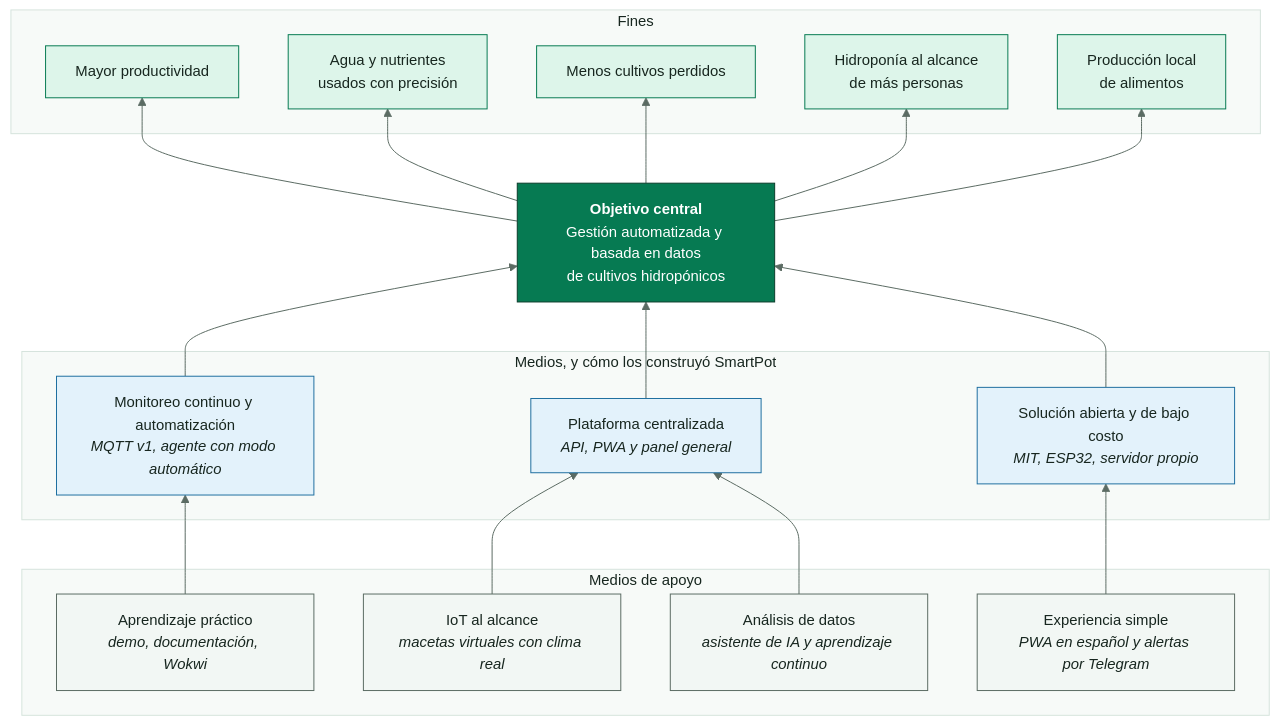
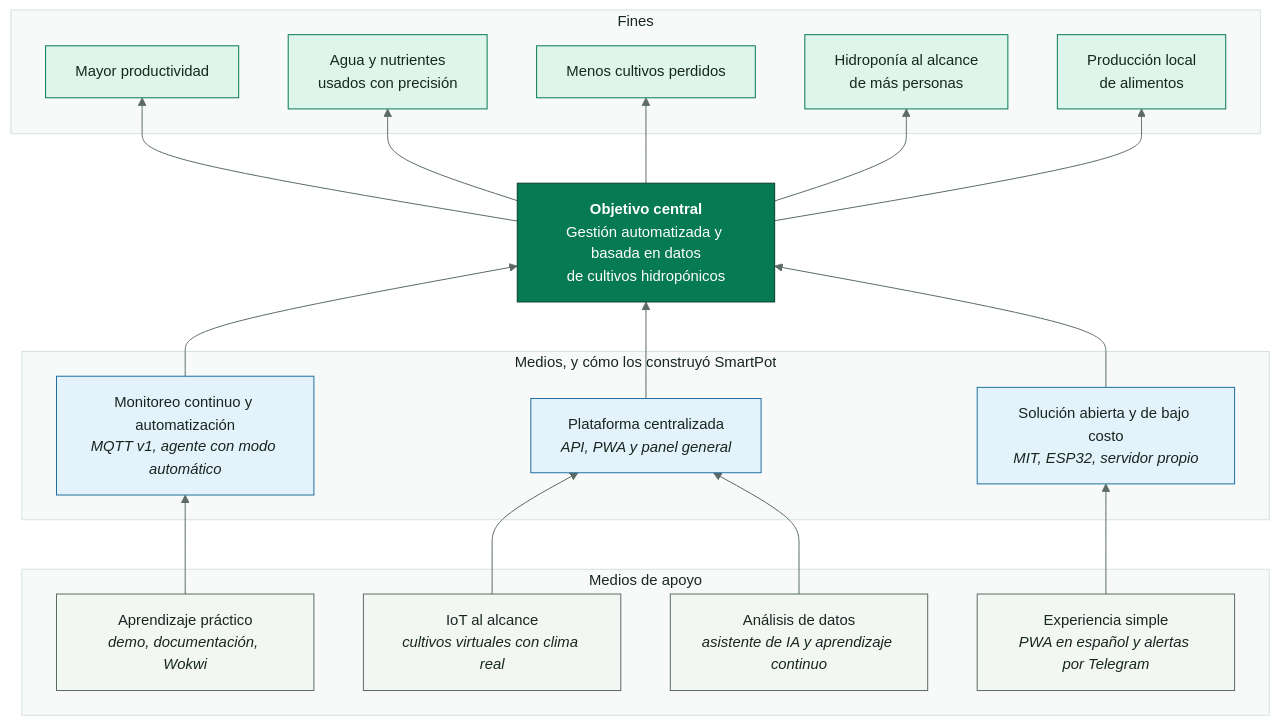
One commit to SmartPotTech/.github changed the diagram in docs/diagrams/SmartPot_19_Objective_Tree.mmd. Above: the diagram before and after it, drawn with Mermaid.

Commit message:
Mention virtual crops in the objective tree

```diff
--- a/docs/diagrams/SmartPot_19_Objective_Tree.mmd
+++ b/docs/diagrams/SmartPot_19_Objective_Tree.mmd
@@ -1,38 +1,38 @@
 %%{init: {"theme": "base", "fontFamily": "Segoe UI, Arial, sans-serif", "themeVariables": {"fontFamily": "Segoe UI, Arial, sans-serif", "fontSize": "15px", "primaryColor": "#DDF5EA", "primaryTextColor": "#17261F", "primaryBorderColor": "#067A52", "secondaryColor": "#E3F2FB", "secondaryTextColor": "#17261F", "secondaryBorderColor": "#1F6FA0", "tertiaryColor": "#F2F7F4", "tertiaryTextColor": "#17261F", "tertiaryBorderColor": "#D5E3DC", "lineColor": "#5B6B63", "textColor": "#17261F", "mainBkg": "#DDF5EA", "nodeBorder": "#067A52", "clusterBkg": "#F7FAF8", "clusterBorder": "#D5E3DC", "edgeLabelBackground": "#FFFFFF", "actorBkg": "#067A52", "actorBorder": "#0B3D2B", "actorTextColor": "#FFFFFF", "actorLineColor": "#5B6B63", "signalColor": "#17261F", "signalTextColor": "#17261F", "labelBoxBkgColor": "#0B3D2B", "labelBoxBorderColor": "#0B3D2B", "labelTextColor": "#FFFFFF", "loopTextColor": "#0B3D2B", "noteBkgColor": "#FDF4DD", "noteBorderColor": "#C98D12", "noteTextColor": "#17261F", "activationBkgColor": "#DDF5EA", "activationBorderColor": "#067A52", "attributeBackgroundColorOdd": "#FFFFFF", "attributeBackgroundColorEven": "#F2F7F4"}}}%%
 flowchart BT
   subgraph fines["Fines"]
     f1["Mayor productividad"]
     f2["Agua y nutrientes<br/>usados con precisión"]
     f3["Menos cultivos perdidos"]
     f4["Hidroponía al alcance<br/>de más personas"]
     f5["Producción local<br/>de alimentos"]
   end
   objetivo["<b>Objetivo central</b><br/>Gestión automatizada y basada en datos<br/>de cultivos hidropónicos"]
   subgraph medios["Medios, y cómo los construyó SmartPot"]
     m1["Monitoreo continuo y automatización<br/><i>MQTT v1, agente con modo automático</i>"]
     m2["Plataforma centralizada<br/><i>API, PWA y panel general</i>"]
     m3["Solución abierta y de bajo costo<br/><i>MIT, ESP32, servidor propio</i>"]
   end
   subgraph apoyos["Medios de apoyo"]
     a1["Aprendizaje práctico<br/><i>demo, documentación, Wokwi</i>"]
-    a2["IoT al alcance<br/><i>macetas virtuales con clima real</i>"]
+    a2["IoT al alcance<br/><i>cultivos virtuales con clima real</i>"]
     a3["Análisis de datos<br/><i>asistente de IA y aprendizaje continuo</i>"]
     a4["Experiencia simple<br/><i>PWA en español y alertas por Telegram</i>"]
   end
   objetivo --> f1 & f2 & f3 & f4 & f5
   m1 & m2 & m3 --> objetivo
   a1 --> m1
   a2 --> m2
   a3 --> m2
   a4 --> m3
   classDef leaf fill:#DDF5EA,stroke:#067A52,color:#17261F
   classDef water fill:#E3F2FB,stroke:#1F6FA0,color:#17261F
   classDef sun fill:#FDF4DD,stroke:#C98D12,color:#17261F
   classDef clay fill:#FBE9E1,stroke:#B85A38,color:#17261F
   classDef core fill:#067A52,stroke:#0B3D2B,color:#FFFFFF
   classDef deep fill:#0B3D2B,stroke:#06281C,color:#FFFFFF
   classDef muted fill:#F2F7F4,stroke:#5B6B63,color:#17261F
   class f1,f2,f3,f4,f5 leaf
   class objetivo core
   class m1,m2,m3 water
   class a1,a2,a3,a4 muted
```
